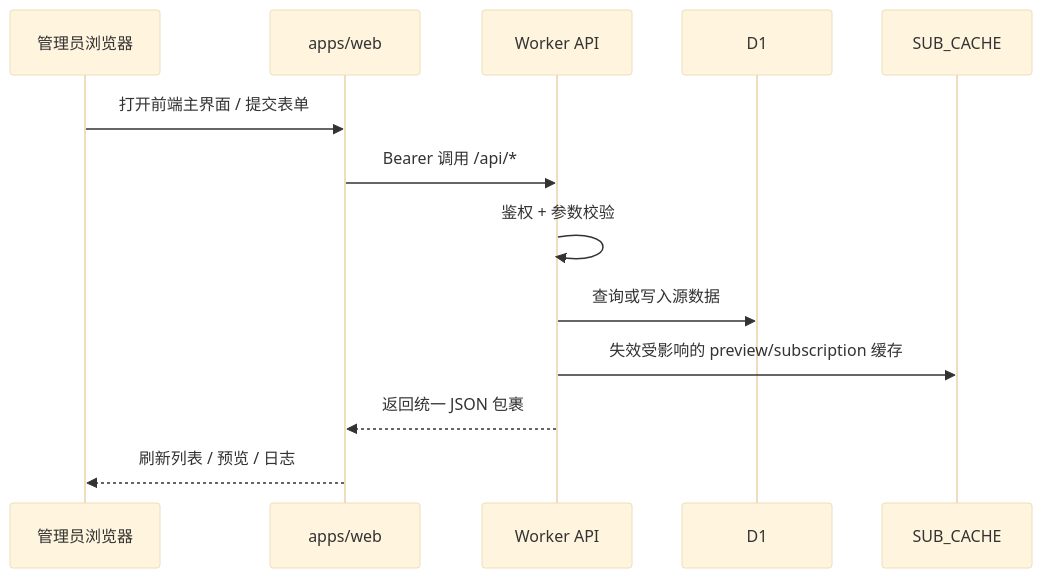
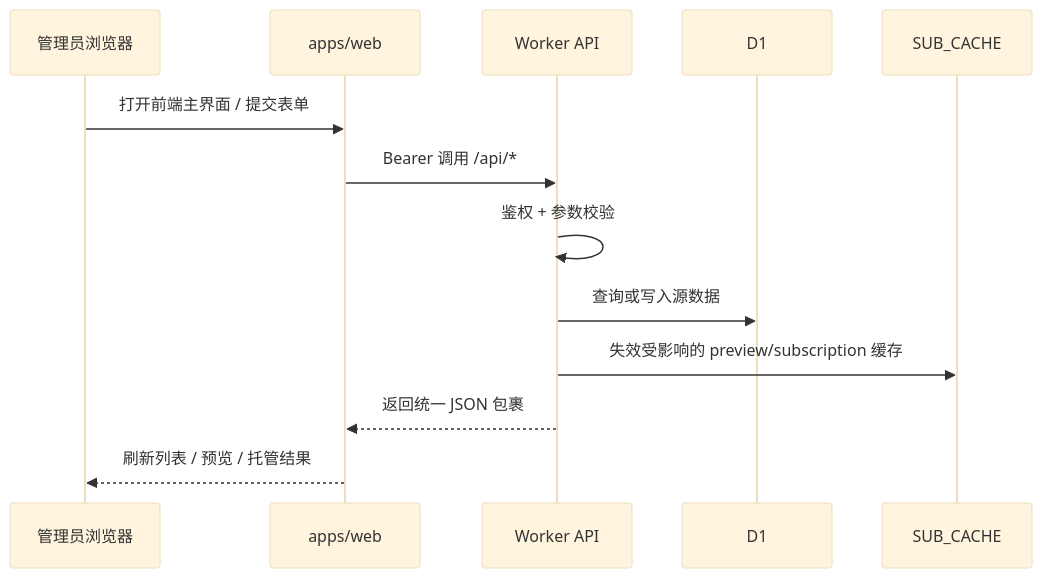
One commit to aliom-v/SubForge changed the second of 5 diagrams in docs/架构图与ER图.md. Above: the diagram before and after it, drawn with Mermaid (base theme). The commit also changed other lines of this file and 29 other files, not shown here.

````diff
--- a/docs/架构图与ER图.md
+++ b/docs/架构图与ER图.md
@@ -94,16 +94,16 @@
 ```mermaid
 sequenceDiagram
   participant A as 管理员浏览器
   participant W as apps/web
   participant API as Worker API
   participant DB as D1
   participant KV as SUB_CACHE
 
   A->>W: 打开前端主界面 / 提交表单
   W->>API: Bearer 调用 /api/*
   API->>API: 鉴权 + 参数校验
   API->>DB: 查询或写入源数据
   API->>KV: 失效受影响的 preview/subscription 缓存
   API-->>W: 返回统一 JSON 包裹
-  W-->>A: 刷新列表 / 预览 / 日志
+  W-->>A: 刷新列表 / 预览 / 托管结果
 ```
````
